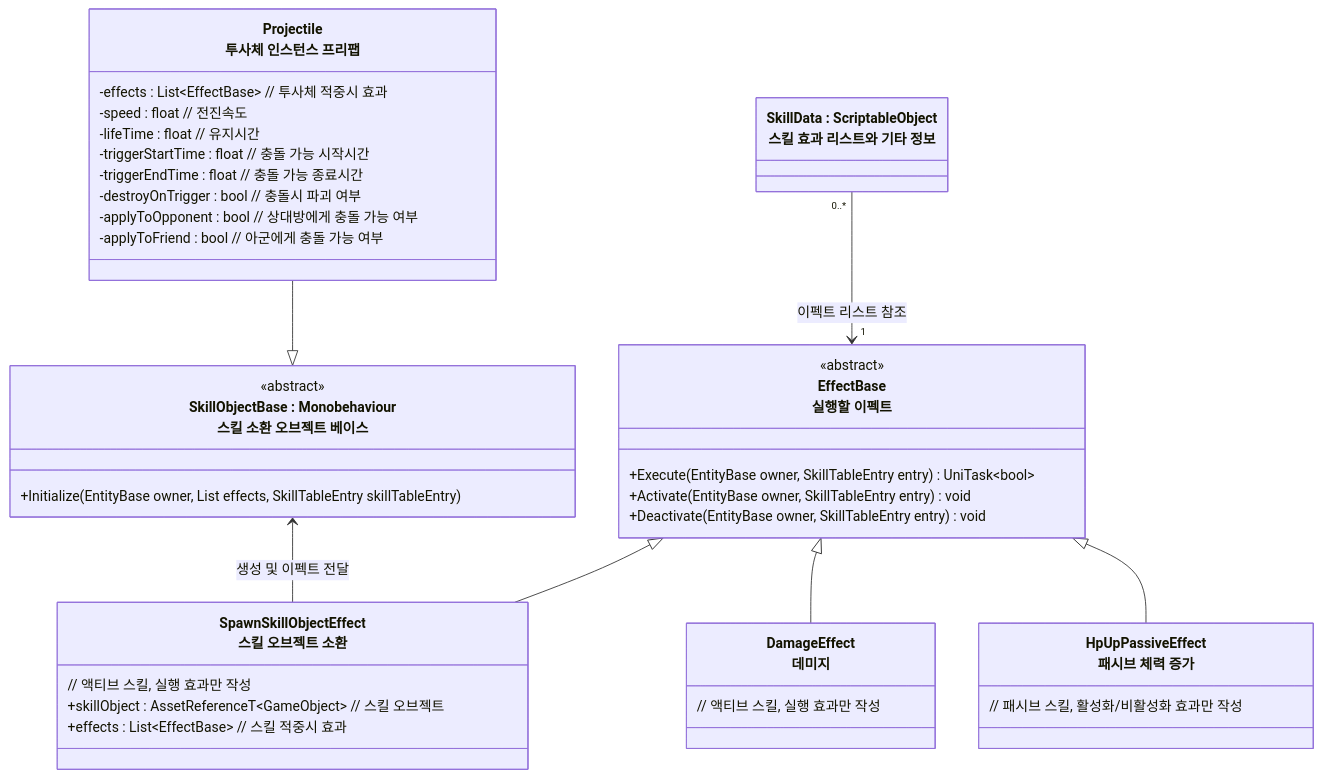
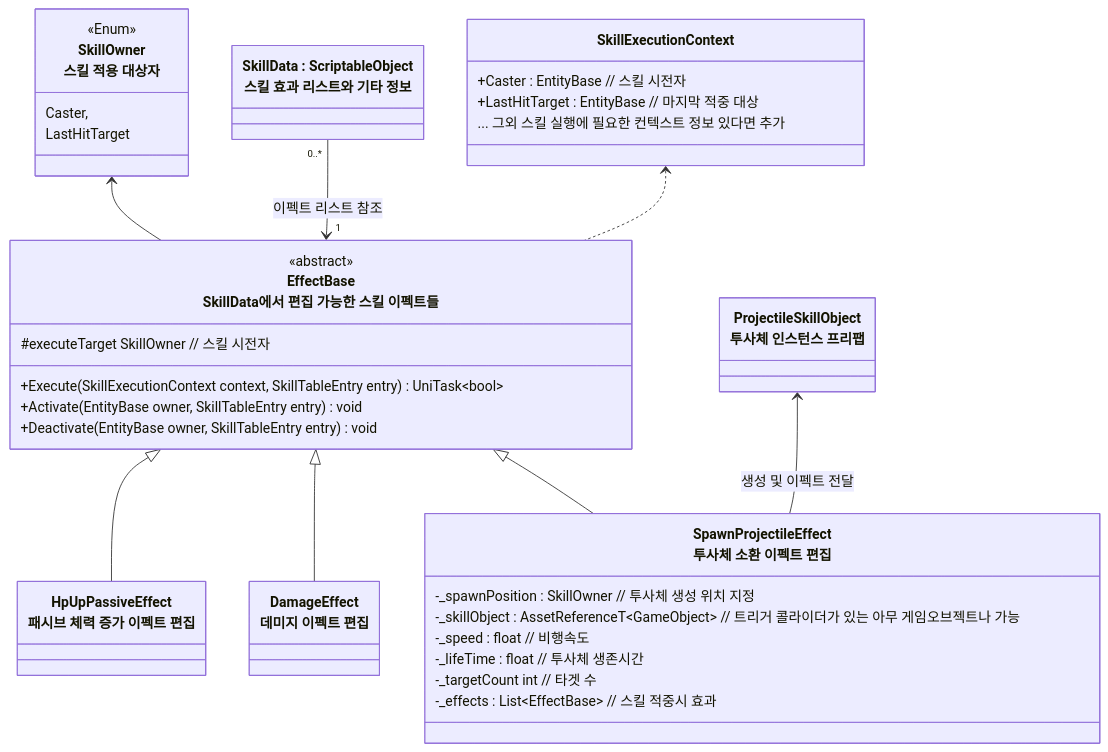
Before and after one commit to JIN5EOK/DungeonShooter: the second of 2 diagrams in README/스킬시스템_설계.md, drawn with Mermaid. The commit also changed other lines of this file, not shown here.

````diff
--- a/README/스킬시스템_설계.md
+++ b/README/스킬시스템_설계.md
@@ -99,48 +95,56 @@
 ```mermaid
 classDiagram
-    
-    class SkillObjectBase["SkillObjectBase : Monobehaviour<br>스킬 소환 오브젝트 베이스"]{
-        <<abstract>>
-        +Initialize (EntityBase owner, List<EffectBase> effects, SkillTableEntry skillTableEntry)
+    class SkillExecutionContext{
+        +Caster : EntityBase // 스킬 시전자
+        +LastHitTarget : EntityBase // 마지막 적중 대상
+        ... 그외 스킬 실행에 필요한 컨텍스트 정보 있다면 추가
     }
     
-    class EffectBase["EffectBase<br>실행할 이펙트"]{
+    class SkillOwner["SkillOwner<br>스킬 적용 대상자"]{
+        <<Enum>>
+        Caster,
+        LastHitTarget
+    }
+    
+    %% class SkillObjectBase["SkillObjectBase : Monobehaviour<br>스킬 소환 오브젝트 베이스"]{
+    %%    <<abstract>>
+    %%    +Initialize (EntityBase owner, List<EffectBase> effects, SkillTableEntry skillTableEntry)
+    %% }
+    
+    class EffectBase["EffectBase<br>SkillData에서 편집 가능한 스킬 이펙트들"]{
         <<abstract>>
-        +Execute(EntityBase owner, SkillTableEntry entry) UniTask~bool~
+        #executeTarget SkillOwner // 스킬 시전자
+        +Execute(SkillExecutionContext context, SkillTableEntry entry) UniTask~bool~
         +Activate(EntityBase owner, SkillTableEntry entry) void
         +Deactivate(EntityBase owner, SkillTableEntry entry) void
     }
 
-	class HpUpPassiveEffect["HpUpPassiveEffect<br>패시브 체력 증가"]{
-		// 패시브 스킬, 활성화/비활성화 효과만 작성
+	class HpUpPassiveEffect["HpUpPassiveEffect<br>패시브 체력 증가 이펙트 편집"]{
 	}
 	
-    class DamageEffect["DamageEffect<br>데미지"]{
-        // 액티브 스킬, 실행 효과만 작성
+    class DamageEffect["DamageEffect<br>데미지 이펙트 편집"]{
     }
 
-    class SpawnSkillObjectEffect["SpawnSkillObjectEffect<br>스킬 오브젝트 소환"]{
-	    // 액티브 스킬, 실행 효과만 작성
-        +skillObject : AssetReferenceT~GameObject~ // 스킬 오브젝트
-        +effects : List~EffectBase~ // 스킬 적중시 효과
+    class SpawnProjectileEffect["SpawnProjectileEffect<br>투사체 소환 이펙트 편집"]{
+        -_spawnPosition : SkillOwner // 투사체 생성 위치 지정
+        -_skillObject : AssetReferenceT~GameObject~ // 트리거 콜라이더가 있는 아무 게임오브젝트나 가능
+        -_speed : float // 비행속도
+        -_lifeTime : float // 투사체 생존시간
+        -_targetCount int // 타겟 수 
+        -_effects : List~EffectBase~ // 스킬 적중시 효과
     }
     
-    class Projectile["Projectile<br>투사체 인스턴스 프리팹"]{
-        -effects : List~EffectBase~ // 투사체 적중시 효과
-        -speed : float // 전진속도
-        -lifeTime : float // 유지시간
-        -triggerStartTime : float // 충돌 가능 시작시간
-        -triggerEndTime : float // 충돌 가능 종료시간
-        -destroyOnTrigger : bool // 충돌시 파괴 여부
-        -applyToOpponent : bool // 상대방에게 충돌 가능 여부
-        -applyToFriend : bool // 아군에게 충돌 가능 여부
+    class ProjectileSkillObject["ProjectileSkillObject<br>투사체 인스턴스 프리팹"]{
     }
+    
+    SkillOwner <-- EffectBase
     class SkillData["SkillData : ScriptableObject<br>스킬 효과 리스트와 기타 정보"]
     EffectBase <|-- HpUpPassiveEffect
     EffectBase <|-- DamageEffect
-    EffectBase <|-- SpawnSkillObjectEffect
-    Projectile --|> SkillObjectBase
-
-    SkillObjectBase <-- SpawnSkillObjectEffect : 생성 및 이펙트 전달
+    EffectBase <|-- SpawnProjectileEffect
+    ProjectileSkillObject <-- SpawnProjectileEffect : 생성 및 이펙트 전달
     SkillData "0..*"-->"1" EffectBase : 이펙트 리스트 참조
+    SkillExecutionContext <.. EffectBase
+    
+    %%Projectile --|> SkillObjectBase
 ```
````
